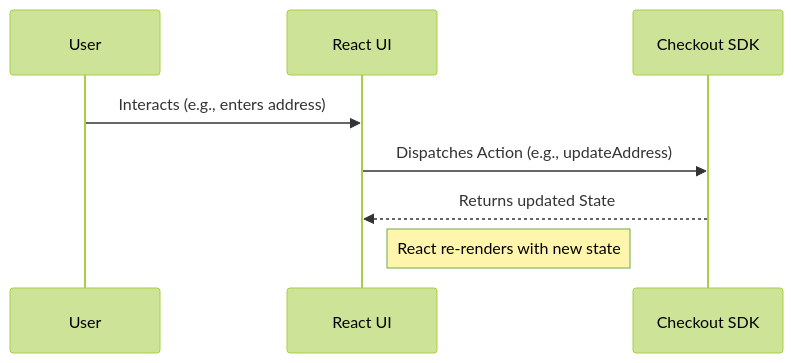
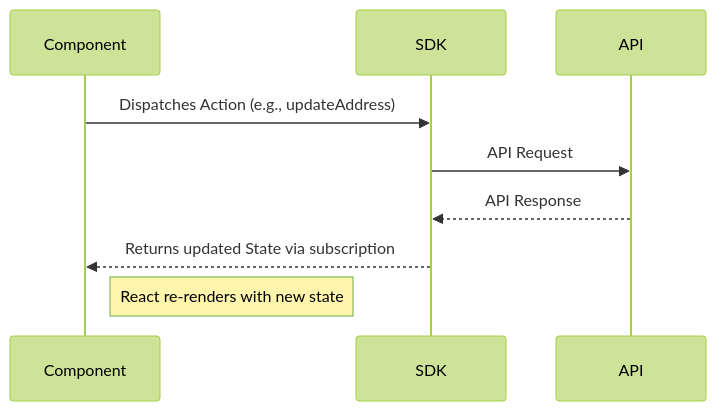
Before and after one commit to bahsim/gen-ai-enablement-playbook: the second of 3 diagrams in case-study-checkout-js-docs/00-overview/01-architectural-overview.md, drawn with Mermaid (forest theme). The commit also changed other lines of this file and 6 other files, not shown here.

````diff
--- a/case-study-checkout-js-docs/00-overview/01-architectural-overview.md
+++ b/case-study-checkout-js-docs/00-overview/01-architectural-overview.md
@@ -65,11 +106,8 @@
 ```mermaid
 sequenceDiagram
-    participant User
-    participant React UI
-    participant Checkout SDK
-
-    User->>React UI: Interacts (e.g., enters address)
-    React UI->>Checkout SDK: Dispatches Action (e.g., updateAddress)
-    Checkout SDK-->>React UI: Returns updated State
-    Note right of React UI: React re-renders with new state
+    Component->>SDK: Dispatches Action (e.g., updateAddress)
+    SDK->>API: API Request
+    API-->>SDK: API Response
+    SDK-->>Component: Returns updated State via subscription
+    note right of Component: React re-renders with new state
 ```
````
